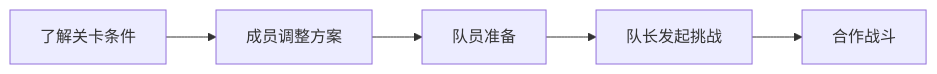
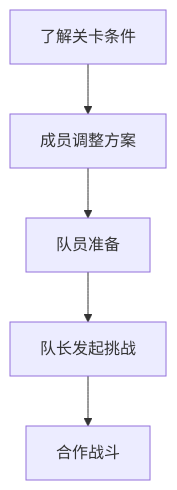
The first of 2 diagrams in #Game-TearDown/永远的蔚蓝星球-App/reader/合作准备与挑战.md (orsonHuang/ai_test), drawn with Mermaid before and after one commit. The commit also changed other lines of this file and 82 other files, not shown here.

````diff
--- a/#Game-TearDown/永远的蔚蓝星球-App/reader/合作准备与挑战.md
+++ b/#Game-TearDown/永远的蔚蓝星球-App/reader/合作准备与挑战.md
@@ -25,7 +25,7 @@
 ```mermaid
-flowchart LR
+flowchart TD
     A[了解关卡条件] --> B[成员调整方案]
     B --> C[队员准备]
     C --> D[队长发起挑战]
     D --> E[合作战斗]
 ```
````
